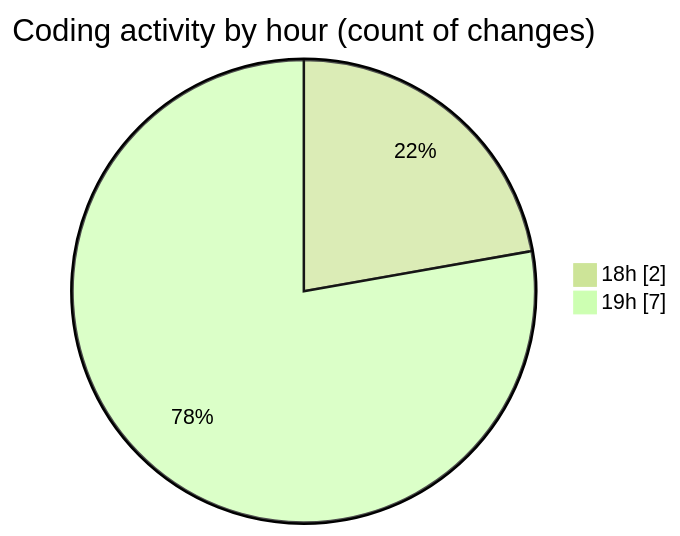
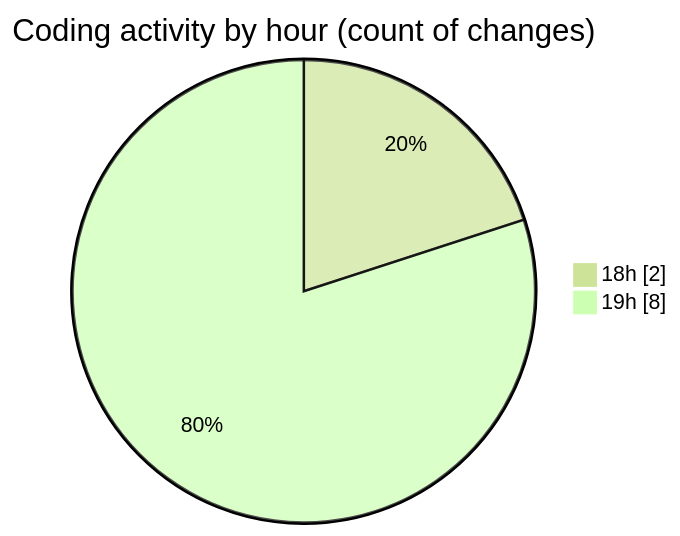
The second of 2 diagrams in 2025-02-27/myws__workspace_/README.md (MatusMokan/code-tracking), drawn with Mermaid (forest theme) before and after one commit. The commit also changed other lines of this file and 1 other file, not shown here.

````diff
--- a/2025-02-27/myws__workspace_/README.md
+++ b/2025-02-27/myws__workspace_/README.md
@@ -28,6 +28,6 @@
 ```mermaid
 pie showData
 title Coding activity by hour (count of changes)
 "18h" : 2
-"19h" : 7
+"19h" : 8
 ```
````
